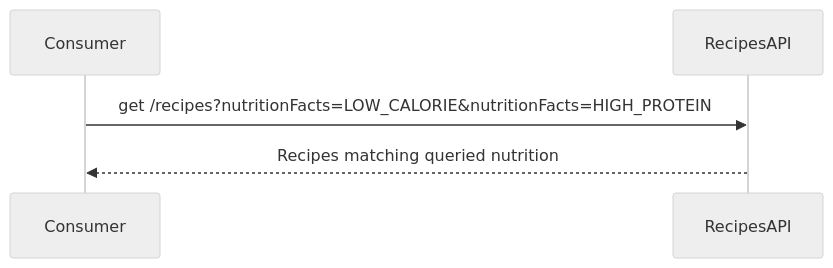
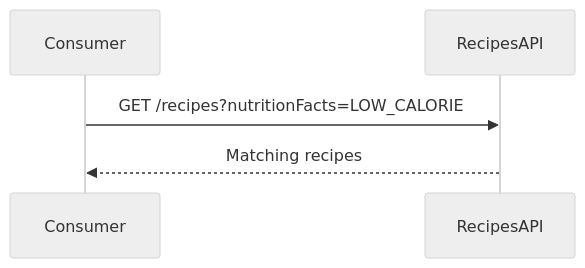
One commit to enisspahi/contract-first-api-example changed the third of 3 diagrams in docs/hugo-docdock/content/introduction/use_cases.md. Above: the diagram before and after it, drawn with Mermaid (neutral theme). The commit also changed other lines of this file, not shown here.

```diff
--- a/docs/hugo-docdock/content/introduction/use_cases.md
+++ b/docs/hugo-docdock/content/introduction/use_cases.md
@@ -21,5 +21,5 @@
 {{< mermaid >}}
     sequenceDiagram
-        Consumer->>RecipesAPI: get /recipes?nutritionFacts=LOW_CALORIE&nutritionFacts=HIGH_PROTEIN
-        RecipesAPI-->>Consumer: Recipes matching queried nutrition
+        Consumer->>RecipesAPI: GET /recipes?nutritionFacts=LOW_CALORIE
+        RecipesAPI-->>Consumer: Matching recipes
 {{< /mermaid >}}
```
